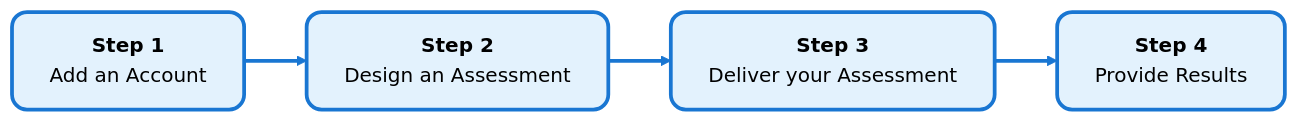
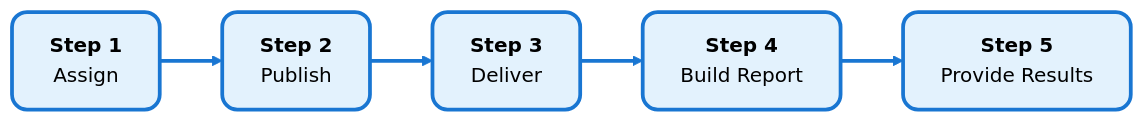
The diagram in docs/getting-started/index.md (Vessel-Scale/vsap-docs), drawn with Mermaid before and after one commit. The commit also changed other lines of this file and 43 other files, not shown here.

````diff
--- a/docs/getting-started/index.md
+++ b/docs/getting-started/index.md
@@ -16,11 +44,12 @@
 ```mermaid
 graph LR
-    A["<b>Step 1</b><br/>Add an Account"] --> B["<b>Step 2</b><br/>Design an Assessment"]
-    B --> C["<b>Step 3</b><br/>Deliver your Assessment"]
-    C --> D["<b>Step 4</b><br/>Provide Results"]
+    A["<b>Step 1</b><br/>Assign"] --> B["<b>Step 2</b><br/>Publish"]
+    B --> C["<b>Step 3</b><br/>Deliver"]
+    C --> D["<b>Step 4</b><br/>Build Report"]
+    D --> E["<b>Step 5</b><br/>Provide Results"]
     
     classDef stepBox fill:#e3f2fd,stroke:#1976d2,stroke-width:3px,color:#000,rx:12px,ry:12px
-    class A,B,C,D stepBox
+    class A,B,C,D,E stepBox
     
-    linkStyle 0,1,2 stroke:#1976d2,stroke-width:3px,color:#1976d2
+    linkStyle 0,1,2,3 stroke:#1976d2,stroke-width:3px,color:#1976d2
 ```
````
